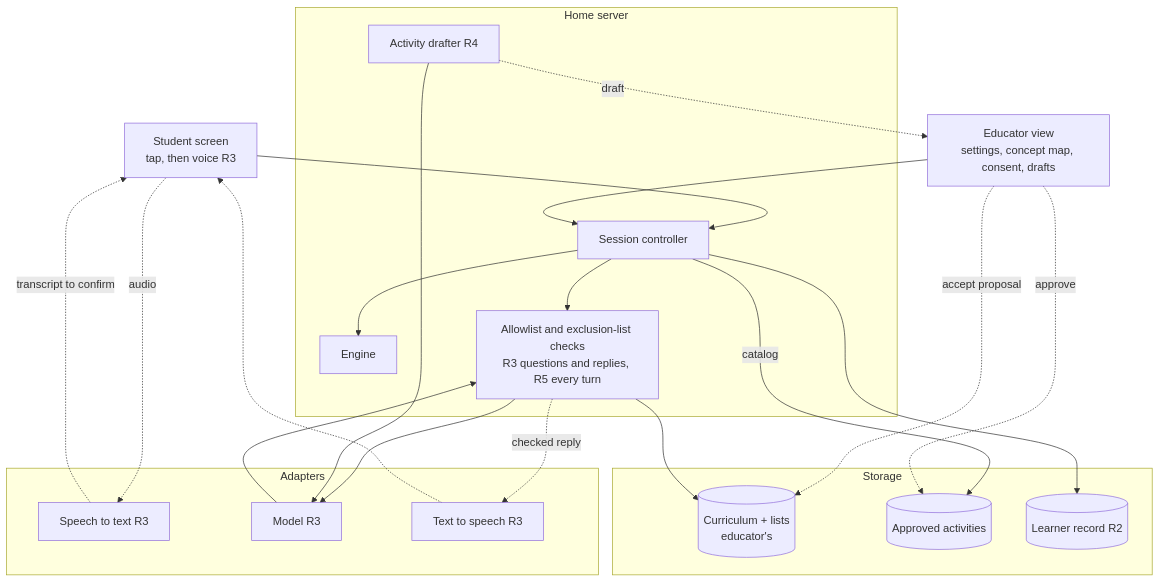
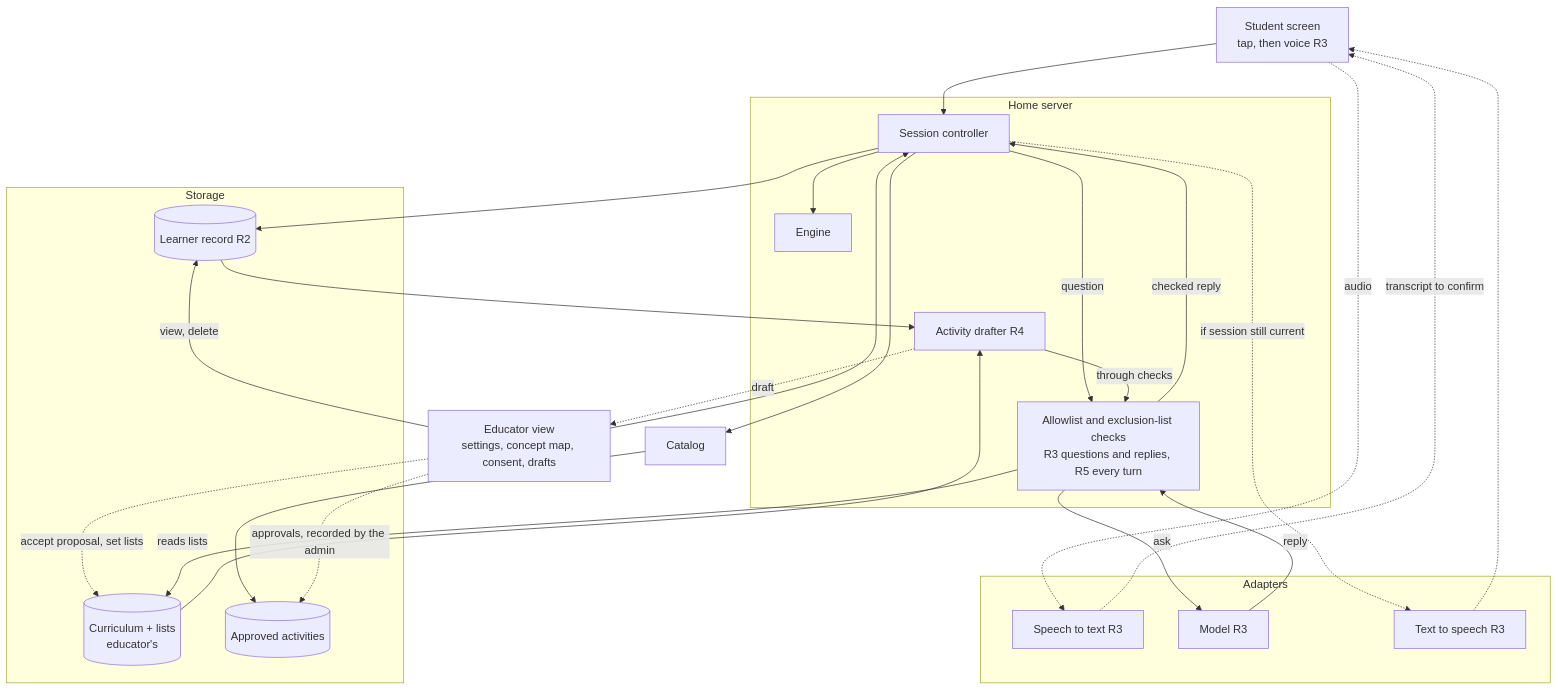
One commit to torenunez/lerni changed the third of 3 diagrams in docs/ARCHITECTURE.md. Above: the diagram before and after it, drawn with Mermaid. The commit also changed other lines of this file and 24 other files, not shown here.

````diff
--- a/docs/ARCHITECTURE.md
+++ b/docs/ARCHITECTURE.md
@@ -93,38 +105,45 @@
 ```mermaid
 flowchart TB
     screen[Student screen<br/>tap, then voice R3]
     eview[Educator view<br/>settings, concept map, consent, drafts]
 
     subgraph server[Home server]
         ctrl[Session controller]
         engine[Engine]
         checks[Allowlist and exclusion-list checks<br/>R3 questions and replies, R5 every turn]
         drafter[Activity drafter R4]
     end
 
     subgraph data[Storage]
         curriculum[(Curriculum + lists<br/>educator's)]
         activities[(Approved activities)]
         record[(Learner record R2)]
     end
 
     subgraph adapters[Adapters]
         stt[Speech to text R3]
         model[Model R3]
         tts[Text to speech R3]
     end
 
+    catalog[Catalog]
     screen --> ctrl
     eview --> ctrl
     ctrl --> engine
-    ctrl -- catalog --> activities
+    ctrl --> catalog --> activities
     ctrl --> record
+    eview -- view, delete --> record
     screen -. audio .-> stt -. transcript to confirm .-> screen
-    ctrl --> checks --> model --> checks
-    checks -. checked reply .-> tts -.-> screen
-    drafter --> model
+    ctrl -- question --> checks
+    checks -- ask --> model
+    model -- reply --> checks
+    checks -- checked reply --> ctrl
+    ctrl -. if session still current .-> tts -.-> screen
+    record --> drafter
+    curriculum --> drafter
+    drafter -- through checks --> checks
     drafter -. draft .-> eview
-    eview -. approve .-> activities
-    eview -. accept proposal .-> curriculum
-    checks --> curriculum
+    eview -. approvals, recorded by the admin .-> activities
+    eview -. accept proposal, set lists .-> curriculum
+    checks -- reads lists --> curriculum
 ```
````
